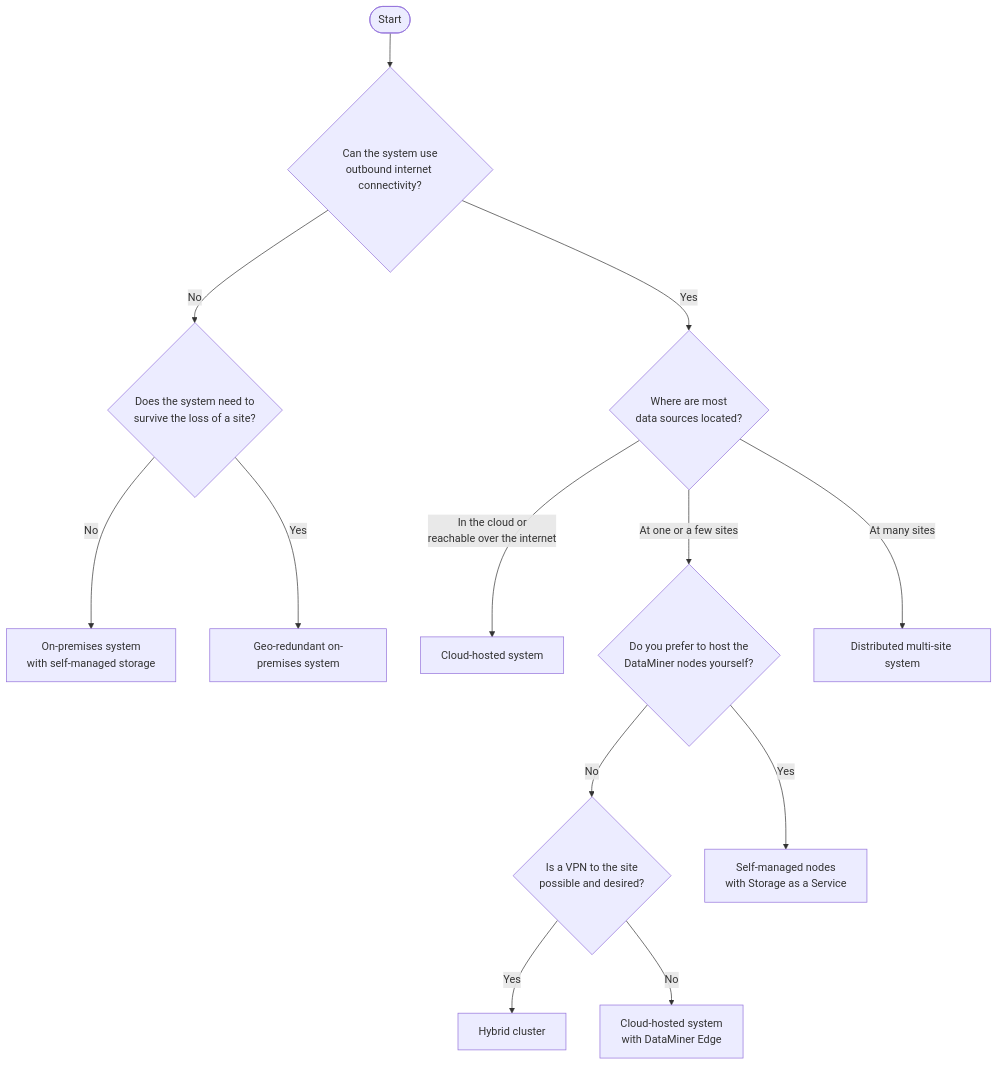
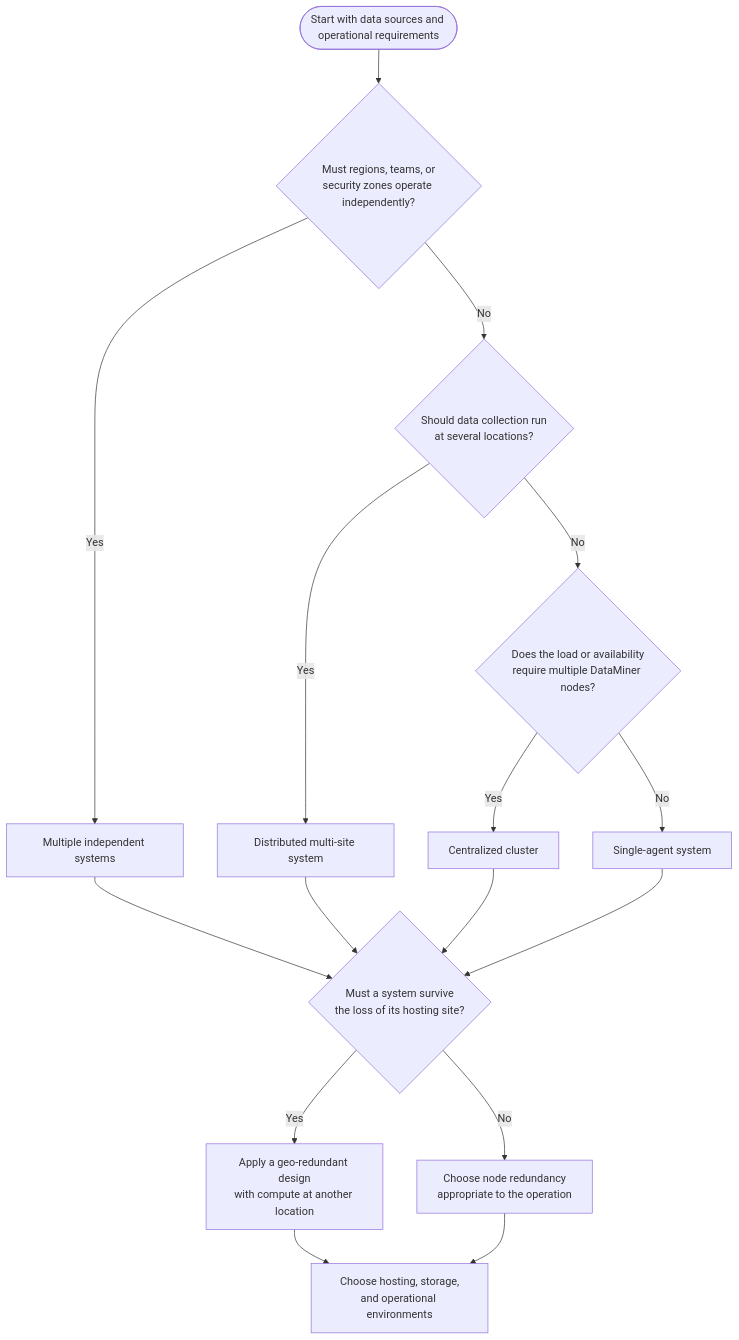
The diagram in dataminer/About_DataMiner/System_architectures/Architecture_overview.md (SkylineCommunications/dataminer-docs), drawn with Mermaid before and after one commit. The commit also changed other lines of this file and 17 other files, not shown here.

First line of the commit message:
Separate system topologies from operational deployment choices

````diff
--- a/dataminer/About_DataMiner/System_architectures/Architecture_overview.md
+++ b/dataminer/About_DataMiner/System_architectures/Architecture_overview.md
@@ -52,15 +44,18 @@
 ```mermaid
 flowchart TD
-    A([Start]) --> B{Can the system use<br/>outbound internet connectivity?}
-    B -- No --> C{Does the system need to<br/>survive the loss of a site?}
-    C -- No --> D[On-premises system<br/>with self-managed storage]
-    C -- Yes --> E[Geo-redundant on-premises system]
-    B -- Yes --> F{Where are most<br/>data sources located?}
-    F -- In the cloud or<br/>reachable over the internet --> G[Cloud-hosted system]
-    F -- At one or a few sites --> H{Do you prefer to host the<br/>DataMiner nodes yourself?}
-    H -- No --> I{Is a VPN to the site<br/>possible and desired?}
-    I -- Yes --> J[Hybrid cluster]
-    I -- No --> K[Cloud-hosted system<br/>with DataMiner Edge]
-    H -- Yes --> L[Self-managed nodes<br/>with Storage as a Service]
-    F -- At many sites --> M[Distributed multi-site system]
+    A([Start with data sources and operational requirements]) --> B{Must regions, teams, or<br/>security zones operate independently?}
+    B -- Yes --> C[Multiple independent systems]
+    B -- No --> D{Should data collection run<br/>at several locations?}
+    D -- Yes --> E[Distributed multi-site system]
+    D -- No --> F{Does the load or availability<br/>require multiple DataMiner nodes?}
+    F -- Yes --> G[Centralized cluster]
+    F -- No --> H[Single-agent system]
+    C --> I{Must a system survive<br/>the loss of its hosting site?}
+    E --> I
+    G --> I
+    H --> I
+    I -- Yes --> J[Apply a geo-redundant design<br/>with compute at another location]
+    I -- No --> K[Choose node redundancy<br/>appropriate to the operation]
+    J --> L[Choose hosting, storage,<br/>and operational environments]
+    K --> L
 ```
````
